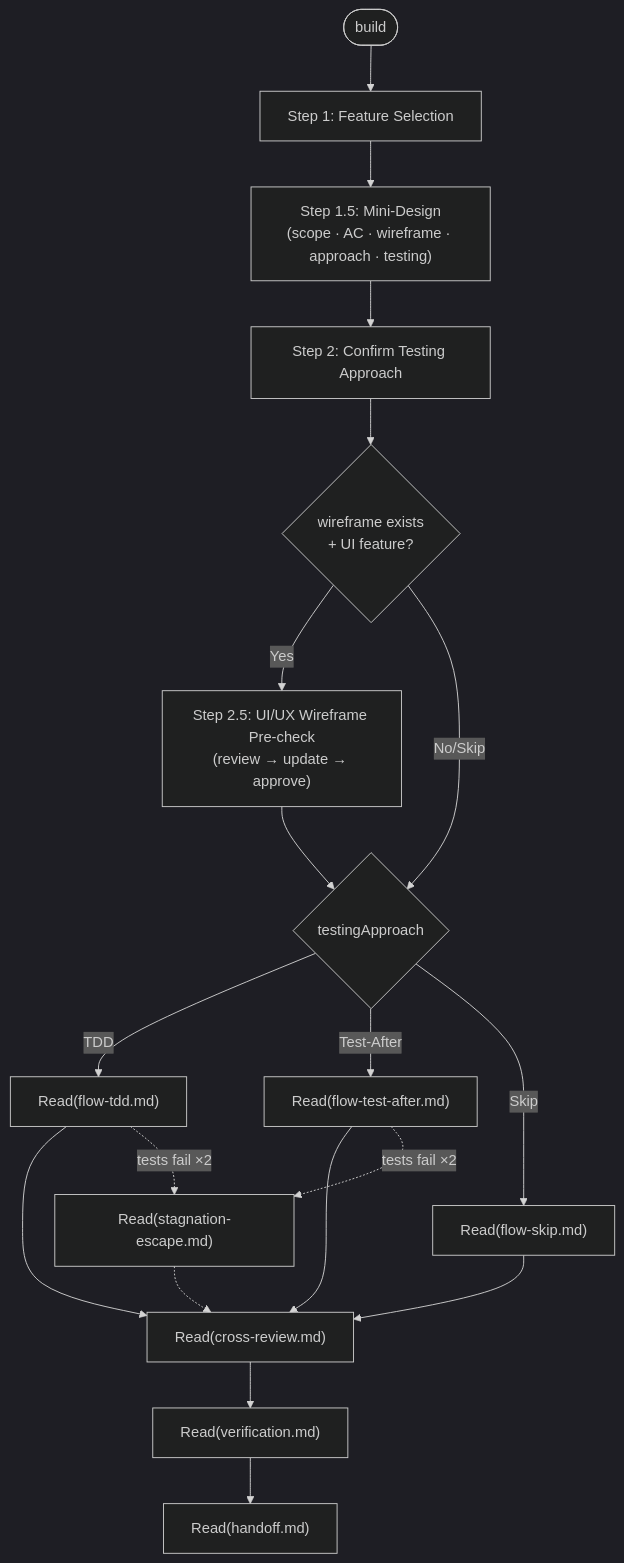
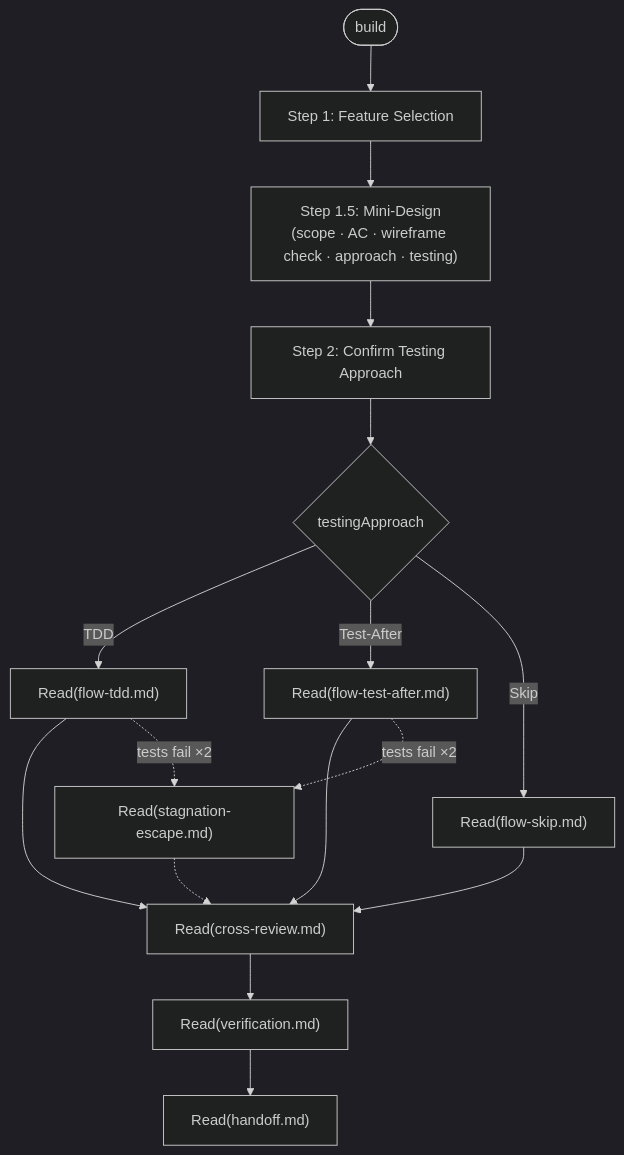
The diagram in skills/dev/steps/build.md (gloriaJun/grimoire), drawn with Mermaid (dark theme) before and after one commit. The commit also changed other lines of this file and 37 other files, not shown here.

````diff
--- a/skills/dev/steps/build.md
+++ b/skills/dev/steps/build.md
@@ -7,21 +7,18 @@
 ```mermaid
 flowchart TD
     A(["build"]) --> B["Step 1: Feature Selection"]
-    B --> M["Step 1.5: Mini-Design\n(scope · AC · wireframe · approach · testing)"]
+    B --> M["Step 1.5: Mini-Design\n(scope · AC · wireframe check · approach · testing)"]
     M --> C["Step 2: Confirm Testing Approach"]
-    C --> W{"wireframe exists\n+ UI feature?"}
-    W -- Yes --> WR["Step 2.5: UI/UX Wireframe Pre-check\n(review → update → approve)"]
-    WR --> D
-    W -- No/Skip --> D
+    C --> D
     D{"testingApproach"}
     D -- TDD --> E["Read(flow-tdd.md)"]
     D -- Test-After --> F["Read(flow-test-after.md)"]
     D -- Skip --> G["Read(flow-skip.md)"]
     E & F & G --> H["Read(cross-review.md)"]
     H --> I["Read(verification.md)"]
     I --> J["Read(handoff.md)"]
 
     E -.->|"tests fail ×2"| K["Read(stagnation-escape.md)"]
     F -.->|"tests fail ×2"| K
     K -.-> H
 ```
````
